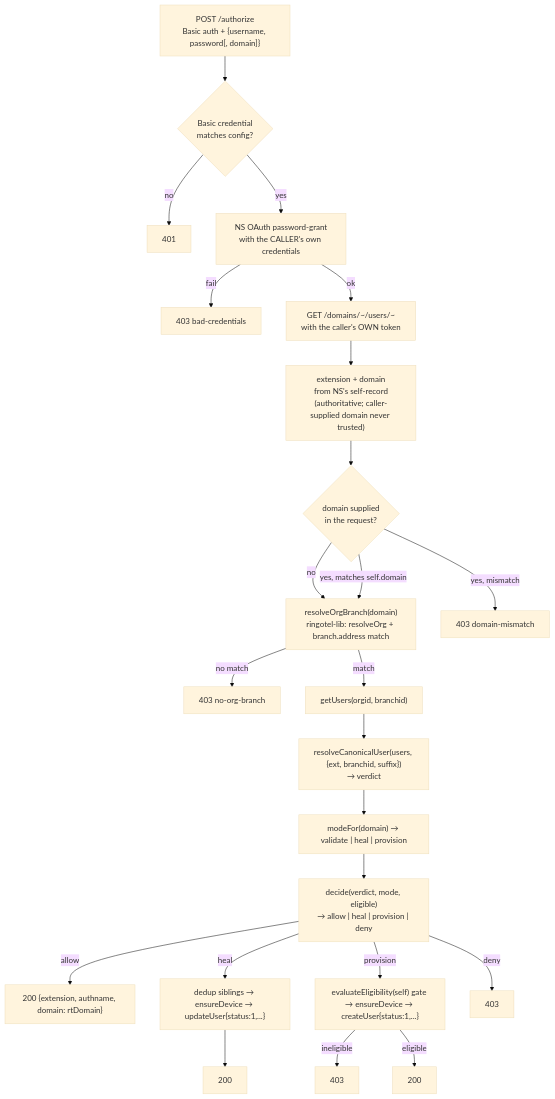
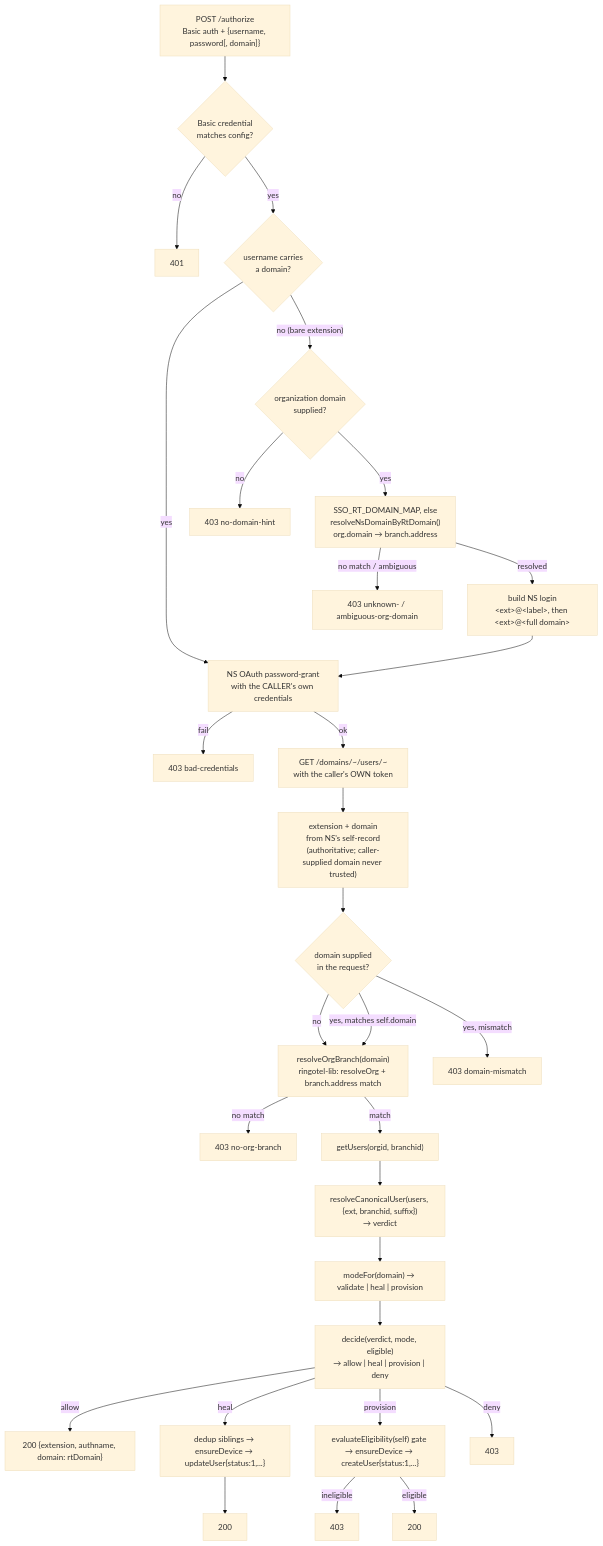
One commit to dszp/ringotel-ns-sso changed the diagram in ARCHITECTURE.md. Above: the diagram before and after it, drawn with Mermaid (base theme). The commit also changed other lines of this file and 10 other files, not shown here.

````diff
--- a/ARCHITECTURE.md
+++ b/ARCHITECTURE.md
@@ -24,25 +24,32 @@
 ```mermaid
 flowchart TD
     A["POST /authorize<br/>Basic auth + {username, password[, domain]}"] --> B{Basic credential<br/>matches config?}
     B -- no --> B401["401"]
-    B -- yes --> C["NS OAuth password-grant<br/>with the CALLER's own credentials"]
+    B -- yes --> A2{"username carries<br/>a domain?"}
+    A2 -- yes --> C
+    A2 -- "no (bare extension)" --> A3{"organization domain<br/>supplied?"}
+    A3 -- no --> D403z["403 no-domain-hint"]
+    A3 -- yes --> A4["SSO_RT_DOMAIN_MAP, else<br/>resolveNsDomainByRtDomain()<br/>org.domain → branch.address"]
+    A4 -- "no match / ambiguous" --> D403y["403 unknown- / ambiguous-org-domain"]
+    A4 -- resolved --> A5["build NS login<br/>&lt;ext&gt;@&lt;label&gt;, then &lt;ext&gt;@&lt;full domain&gt;"]
+    A5 --> C["NS OAuth password-grant<br/>with the CALLER's own credentials"]
     C -- fail --> D403a["403 bad-credentials"]
     C -- ok --> E["GET /domains/~/users/~<br/>with the caller's OWN token"]
     E --> F["extension + domain<br/>from NS's self-record<br/>(authoritative; caller-supplied domain never trusted)"]
     F --> G{domain supplied<br/>in the request?}
     G -- no --> H["resolveOrgBranch(domain)<br/>ringotel-lib: resolveOrg + branch.address match"]
     G -- yes, matches self.domain --> H
     G -- yes, mismatch --> D403b["403 domain-mismatch"]
     H -- no match --> D403c["403 no-org-branch"]
     H -- match --> I["getUsers(orgid, branchid)"]
     I --> J["resolveCanonicalUser(users, {ext, branchid, suffix})<br/>→ verdict"]
     J --> K["modeFor(domain) → validate | heal | provision"]
     K --> L["decide(verdict, mode, eligible)<br/>→ allow | heal | provision | deny"]
     L -- allow --> M200a["200 {extension, authname, domain: rtDomain}"]
     L -- heal --> N["dedup siblings → ensureDevice → updateUser{status:1,...}"]
     N --> M200b["200"]
     L -- provision --> O["evaluateEligibility(self) gate → ensureDevice → createUser{status:1,...}"]
     O -- ineligible --> D403d["403"]
     O -- eligible --> M200c["200"]
     L -- deny --> D403e["403"]
 ```
````
